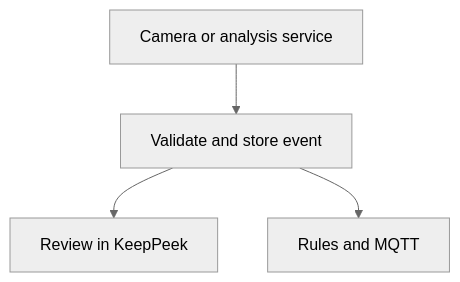
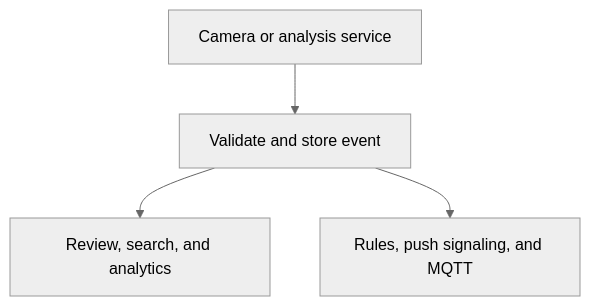
Before and after one commit to xnorpx/keeppeek: the second of 2 diagrams in book/src/how-it-works.md, drawn with Mermaid (neutral theme). The commit also changed other lines of this file and 75 other files, not shown here.

````diff
--- a/book/src/how-it-works.md
+++ b/book/src/how-it-works.md
@@ -28,6 +21,6 @@
 ```mermaid
 flowchart TB
     Source[Camera or analysis service] --> Events[Validate and store event]
-    Events --> Review[Review in KeepPeek]
-    Events --> Delivery[Rules and MQTT]
+    Events --> Review[Review, search, and analytics]
+    Events --> Delivery[Rules, push signaling, and MQTT]
 ```
````
